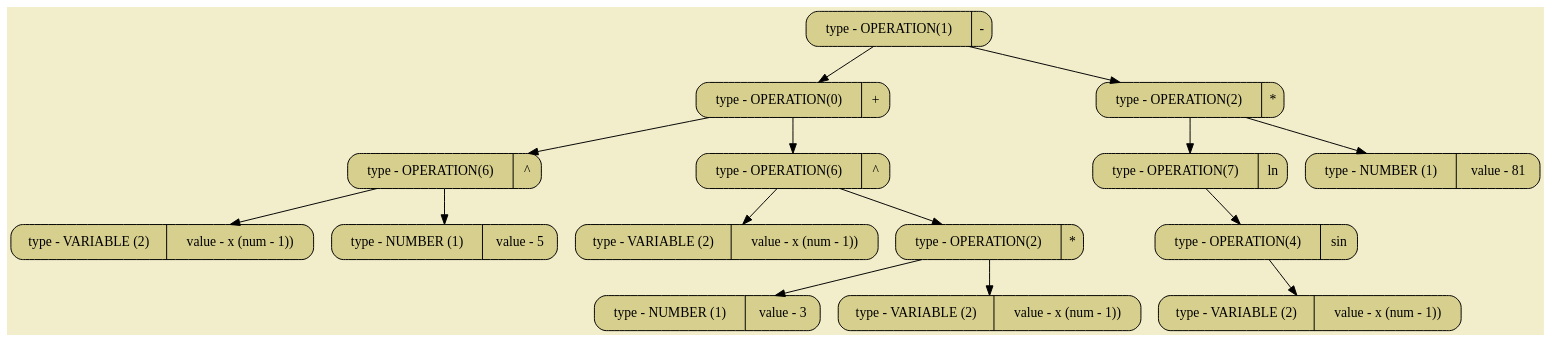
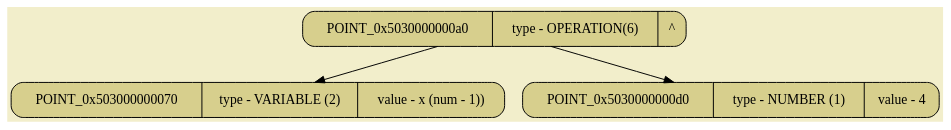
One commit to SashaKhaytina/Differenciator changed the diagram in all_dumps/pictures/image02.dot. Above: the diagram before and after it, drawn with Graphviz. The commit also changed 22 other files, not shown here.

```diff
--- a/all_dumps/pictures/image02.dot
+++ b/all_dumps/pictures/image02.dot
@@ -1,34 +1,10 @@
 digraph
 {
 bgcolor="#F2EECB";
 rankdir = TB;
-POINT_0x610c3da94910[shape=Mrecord, label = "type - OPERATION(1) | -", style="filled",fillcolor="#D7CF8D"]
-POINT_0x610c3da94750[shape=Mrecord, label = "type - OPERATION(0) | +", style="filled",fillcolor="#D7CF8D"]
-POINT_0x610c3da94630[shape=Mrecord, label = "type - OPERATION(6) | ^", style="filled",fillcolor="#D7CF8D"]
-POINT_0x610c3da94600[shape=Mrecord, label = "type - VARIABLE (2) | value - x (num - 1))", style="filled",fillcolor="#D7CF8D"]
-POINT_0x610c3da946c0[shape=Mrecord, label = "type - NUMBER (1) | value - 5", style="filled",fillcolor="#D7CF8D"]
-POINT_0x610c3da947d0[shape=Mrecord, label = "type - OPERATION(6) | ^", style="filled",fillcolor="#D7CF8D"]
-POINT_0x610c3da947a0[shape=Mrecord, label = "type - VARIABLE (2) | value - x (num - 1))", style="filled",fillcolor="#D7CF8D"]
-POINT_0x610c3da94860[shape=Mrecord, label = "type - OPERATION(2) | *", style="filled",fillcolor="#D7CF8D"]
-POINT_0x610c3da94830[shape=Mrecord, label = "type - NUMBER (1) | value - 3", style="filled",fillcolor="#D7CF8D"]
-POINT_0x610c3da948b0[shape=Mrecord, label = "type - VARIABLE (2) | value - x (num - 1))", style="filled",fillcolor="#D7CF8D"]
-POINT_0x610c3da94af0[shape=Mrecord, label = "type - OPERATION(2) | *", style="filled",fillcolor="#D7CF8D"]
-POINT_0x610c3da94960[shape=Mrecord, label = "type - OPERATION(7) | ln", style="filled",fillcolor="#D7CF8D"]
-POINT_0x610c3da949e0[shape=Mrecord, label = "type - OPERATION(4) | sin", style="filled",fillcolor="#D7CF8D"]
-POINT_0x610c3da94a60[shape=Mrecord, label = "type - VARIABLE (2) | value - x (num - 1))", style="filled",fillcolor="#D7CF8D"]
-POINT_0x610c3da94c10[shape=Mrecord, label = "type - NUMBER (1) | value - 81", style="filled",fillcolor="#D7CF8D"]
-POINT_0x610c3da94910 -> POINT_0x610c3da94750
-POINT_0x610c3da94910 -> POINT_0x610c3da94af0
-POINT_0x610c3da94750 -> POINT_0x610c3da94630
-POINT_0x610c3da94750 -> POINT_0x610c3da947d0
-POINT_0x610c3da94630 -> POINT_0x610c3da94600
-POINT_0x610c3da94630 -> POINT_0x610c3da946c0
-POINT_0x610c3da947d0 -> POINT_0x610c3da947a0
-POINT_0x610c3da947d0 -> POINT_0x610c3da94860
-POINT_0x610c3da94860 -> POINT_0x610c3da94830
-POINT_0x610c3da94860 -> POINT_0x610c3da948b0
-POINT_0x610c3da94af0 -> POINT_0x610c3da94960
-POINT_0x610c3da94af0 -> POINT_0x610c3da94c10
-POINT_0x610c3da94960 -> POINT_0x610c3da949e0
-POINT_0x610c3da949e0 -> POINT_0x610c3da94a60
+POINT_0x5030000000a0[shape=Mrecord, label = "POINT_0x5030000000a0 | type - OPERATION(6) | ^", style="filled",fillcolor="#D7CF8D"]
+POINT_0x503000000070[shape=Mrecord, label = "POINT_0x503000000070 | type - VARIABLE (2) | value - x (num - 1))", style="filled",fillcolor="#D7CF8D"]
+POINT_0x5030000000d0[shape=Mrecord, label = "POINT_0x5030000000d0 | type - NUMBER (1) | value - 4", style="filled",fillcolor="#D7CF8D"]
+POINT_0x5030000000a0 -> POINT_0x503000000070
+POINT_0x5030000000a0 -> POINT_0x5030000000d0
 }
```
